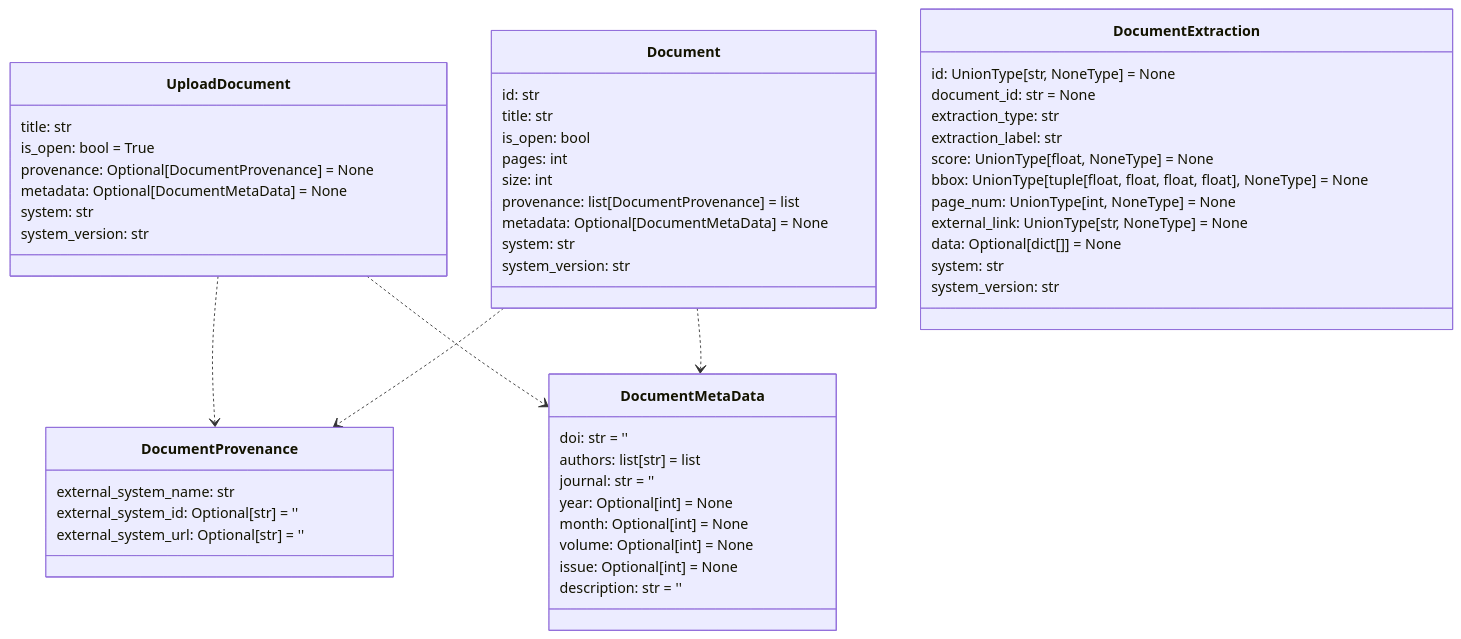
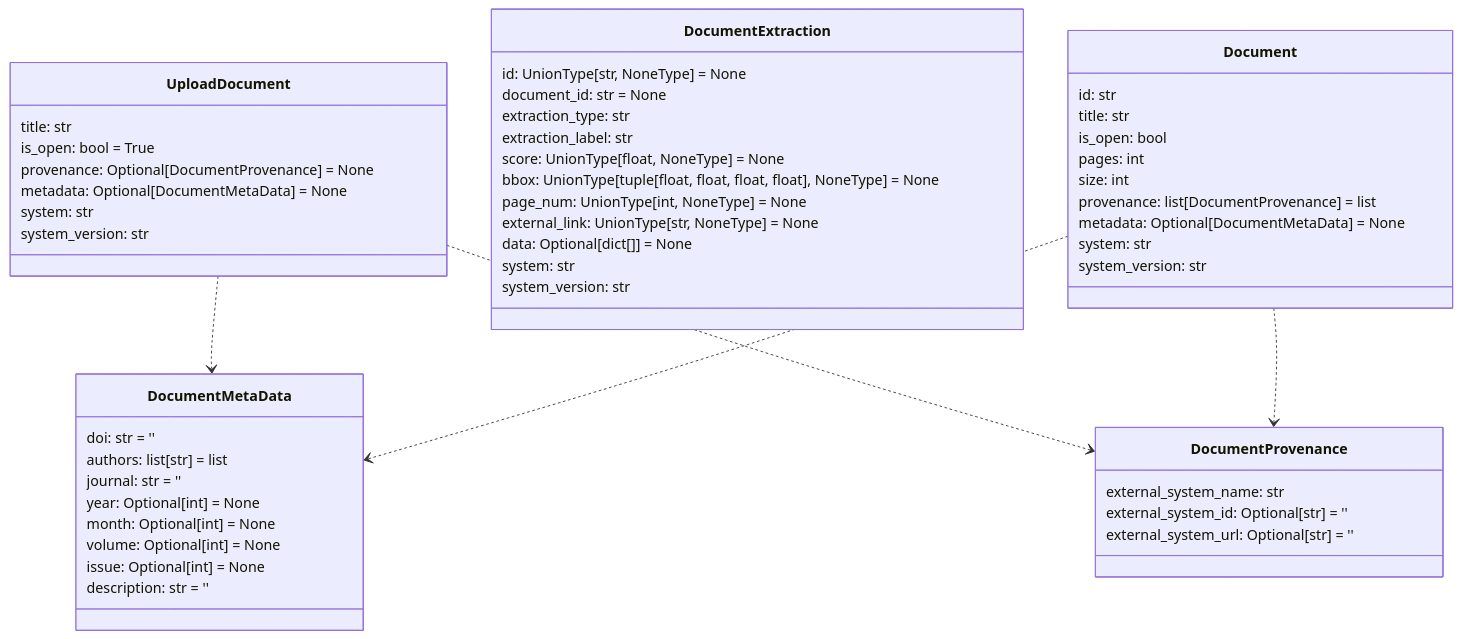
Before and after one commit to DARPA-CRITICALMAAS/cdr_schemas: the ninth of 12 diagrams in README.md, drawn with Mermaid. The commit also changed other lines of this file and 1 other file, not shown here.

````diff
--- a/README.md
+++ b/README.md
@@ -627,62 +629,62 @@
 ```mermaid
 classDiagram
-
-    class DocumentProvenance {
-        external_system_name: str
-        external_system_id: Optional[str] = ''
-        external_system_url: Optional[str] = ''
-    }
-
-    class Document {
-        id: str
-        title: str
-        is_open: bool
-        pages: int
-        size: int
-        provenance: list[DocumentProvenance] = list
-        metadata: Optional[DocumentMetaData] = None
-        system: str
-        system_version: str
-    }
 
     class UploadDocument {
         title: str
         is_open: bool = True
         provenance: Optional[DocumentProvenance] = None
         metadata: Optional[DocumentMetaData] = None
         system: str
         system_version: str
     }
 
     class DocumentExtraction {
         id: UnionType[str, NoneType] = None
         document_id: str = None
         extraction_type: str
         extraction_label: str
         score: UnionType[float, NoneType] = None
         bbox: UnionType[tuple[float, float, float, float], NoneType] = None
         page_num: UnionType[int, NoneType] = None
         external_link: UnionType[str, NoneType] = None
         data: Optional[dict[]] = None
         system: str
         system_version: str
     }
 
+    class Document {
+        id: str
+        title: str
+        is_open: bool
+        pages: int
+        size: int
+        provenance: list[DocumentProvenance] = list
+        metadata: Optional[DocumentMetaData] = None
+        system: str
+        system_version: str
+    }
+
     class DocumentMetaData {
         doi: str = ''
         authors: list[str] = list
         journal: str = ''
         year: Optional[int] = None
         month: Optional[int] = None
         volume: Optional[int] = None
         issue: Optional[int] = None
         description: str = ''
     }
 
+    class DocumentProvenance {
+        external_system_name: str
+        external_system_id: Optional[str] = ''
+        external_system_url: Optional[str] = ''
+    }
+
+    UploadDocument ..> DocumentMetaData
     UploadDocument ..> DocumentProvenance
-    UploadDocument ..> DocumentMetaData
+    Document ..> DocumentMetaData
     Document ..> DocumentProvenance
-    Document ..> DocumentMetaData
 
 
 ```
````
